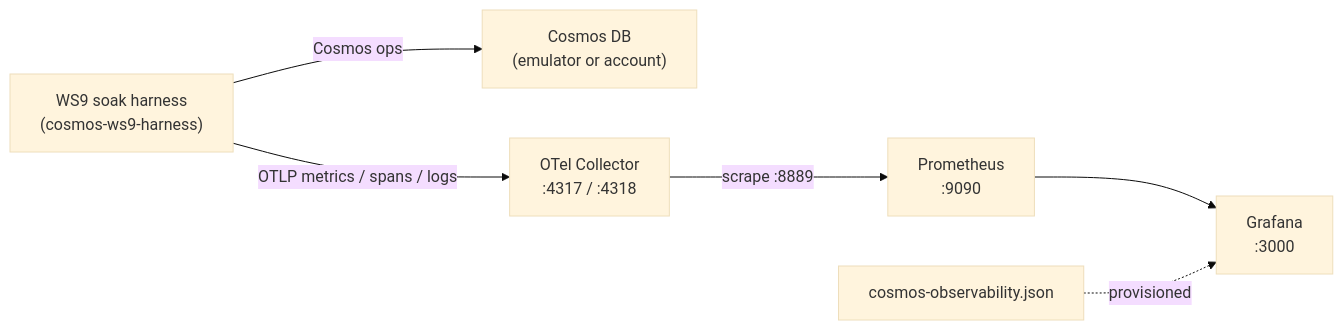
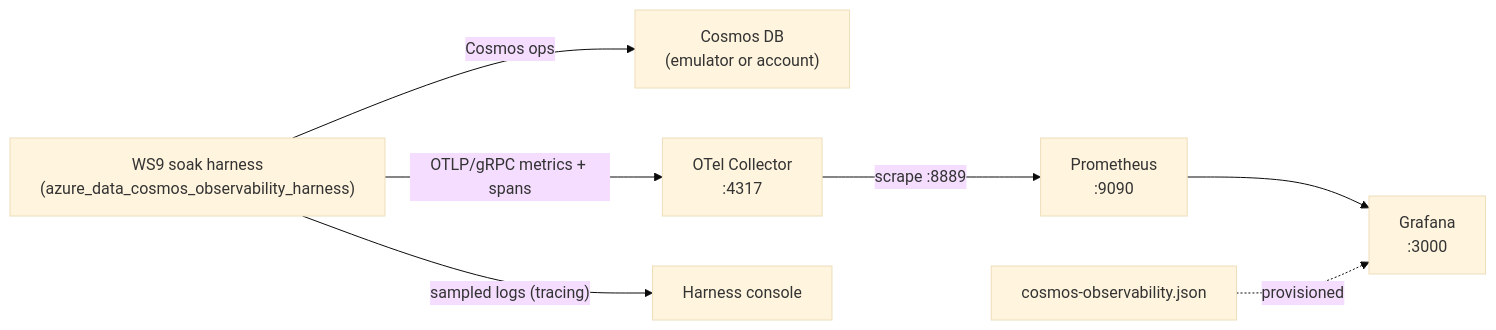
Before and after one commit to Azure/azure-sdk-for-rust: the diagram in sdk/cosmos/azure_data_cosmos_benchmarks/docs/WS9_SOAK_RUNBOOK.md, drawn with Mermaid (base theme). The commit also changed other lines of this file and 12 other files, not shown here.

First line of the commit message:
Address review feedback on WS9 observability harness

````diff
--- a/sdk/cosmos/azure_data_cosmos_benchmarks/docs/WS9_SOAK_RUNBOOK.md
+++ b/sdk/cosmos/azure_data_cosmos_benchmarks/docs/WS9_SOAK_RUNBOOK.md
@@ -24,8 +25,9 @@
 ```mermaid
 flowchart LR
-  H["WS9 soak harness<br/>(cosmos-ws9-harness)"] -->|"Cosmos ops"| C["Cosmos DB<br/>(emulator or account)"]
-  H -->|"OTLP metrics / spans / logs"| OC["OTel Collector<br/>:4317 / :4318"]
+  H["WS9 soak harness<br/>(azure_data_cosmos_observability_harness)"] -->|"Cosmos ops"| C["Cosmos DB<br/>(emulator or account)"]
+  H -->|"OTLP/gRPC metrics + spans"| OC["OTel Collector<br/>:4317"]
+  H -->|"sampled logs (tracing)"| CON["Harness console"]
   OC -->|"scrape :8889"| P["Prometheus<br/>:9090"]
   P --> G["Grafana<br/>:3000"]
   DASH["cosmos-observability.json"] -. provisioned .-> G
 ```
````
